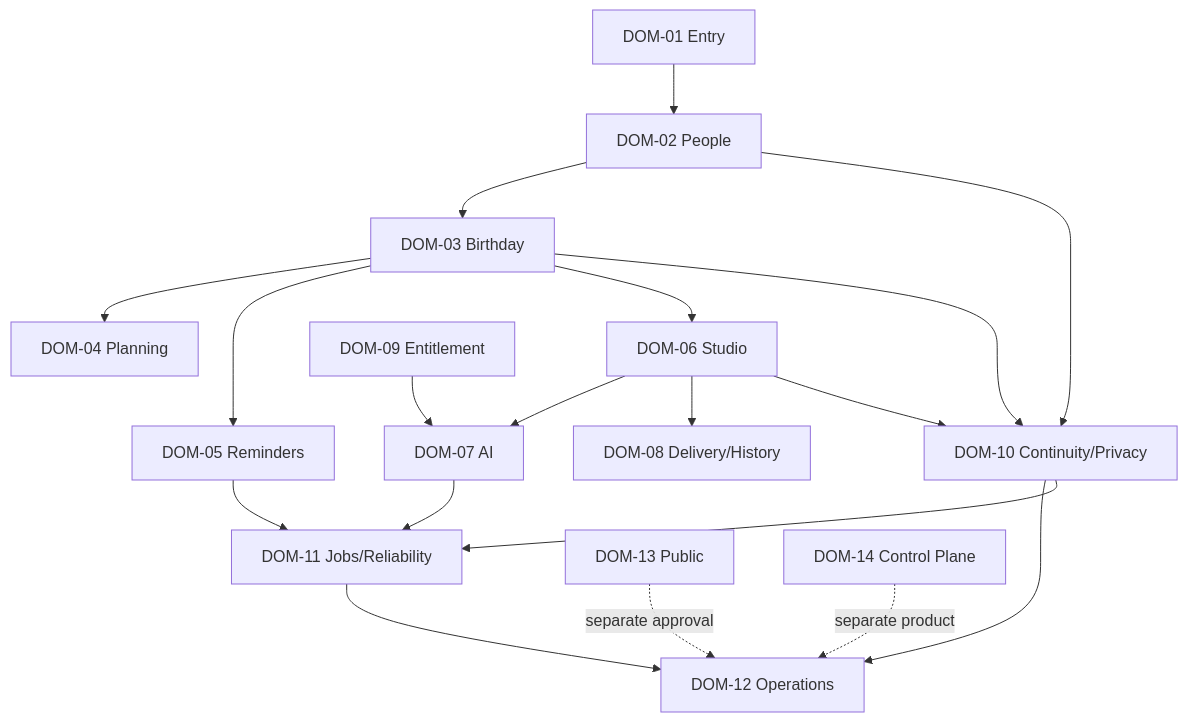
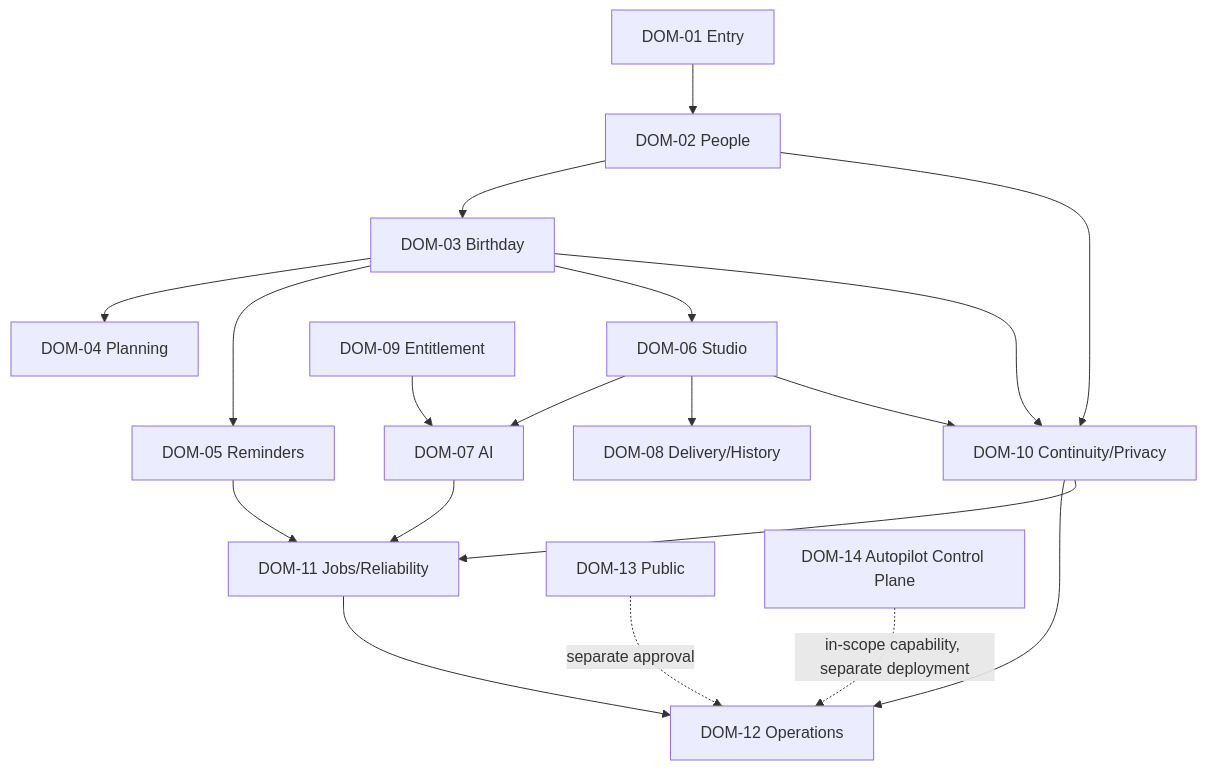
The diagram in docs/product-blueprint/2.0/05-domains/capability-dependency-map.md (yhsomani/AI-Birthday), drawn with Mermaid before and after one commit. The commit also changed other lines of this file and 81 other files, not shown here.

````diff
--- a/docs/product-blueprint/2.0/05-domains/capability-dependency-map.md
+++ b/docs/product-blueprint/2.0/05-domains/capability-dependency-map.md
@@ -3,21 +3,21 @@
 ```mermaid
 flowchart TD
   G[DOM-01 Entry] --> P[DOM-02 People]
   P --> B[DOM-03 Birthday]
   B --> D[DOM-04 Planning]
   B --> R[DOM-05 Reminders]
   B --> S[DOM-06 Studio]
   S --> A[DOM-07 AI]
   E[DOM-09 Entitlement] --> A
   S --> H[DOM-08 Delivery/History]
   P --> C[DOM-10 Continuity/Privacy]
   B --> C
   S --> C
   C --> O[DOM-12 Operations]
   R --> J[DOM-11 Jobs/Reliability]
   A --> J
   C --> J
   J --> O
   PUB[DOM-13 Public] -. separate approval .-> O
-  CP[DOM-14 Control Plane] -. separate product .-> O
+  CP[DOM-14 Autopilot Control Plane] -. "in-scope capability, separate deployment" .-> O
 ```
````
